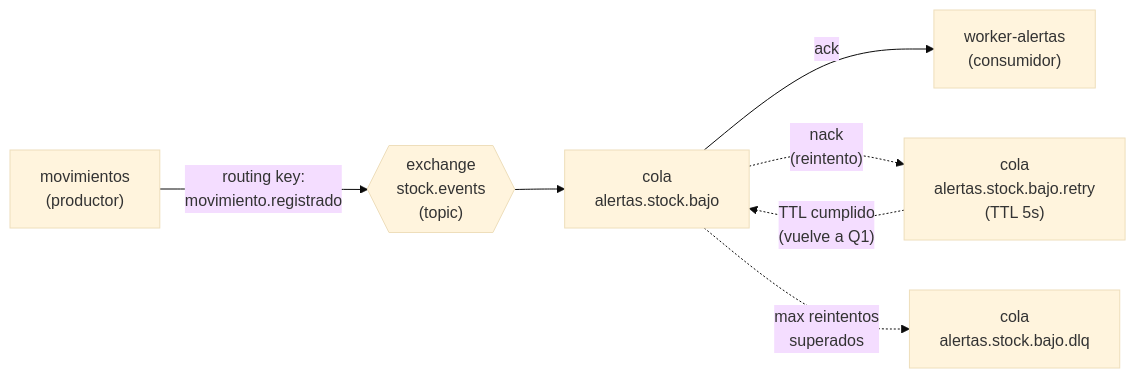
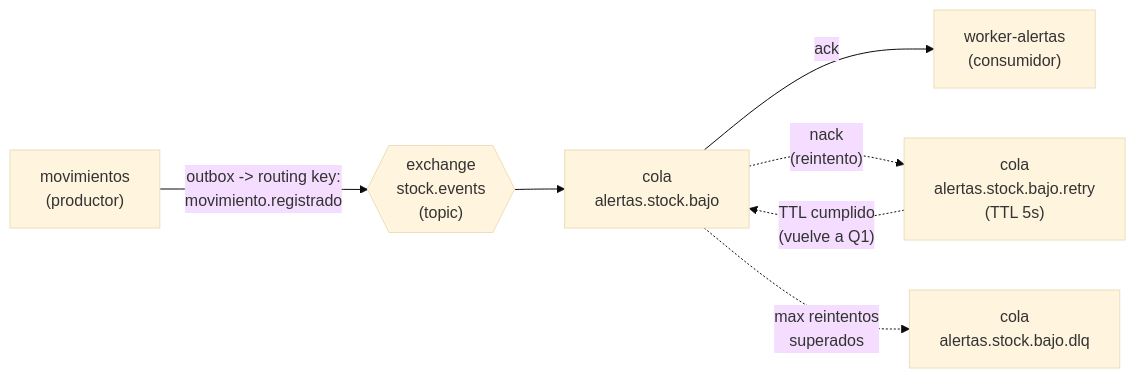
One commit to sebasado77062/Gestor_de_stock_jugueteria changed the fifth of 6 diagrams in docs/ARQUITECTURA.md. Above: the diagram before and after it, drawn with Mermaid (base theme). The commit also changed other lines of this file and 7 other files, not shown here.

````diff
--- a/docs/ARQUITECTURA.md
+++ b/docs/ARQUITECTURA.md
@@ -207,16 +243,16 @@
 ```mermaid
 flowchart LR
     MOV["movimientos<br/>(productor)"]
     EX{{"exchange<br/>stock.events<br/>(topic)"}}
     Q1["cola<br/>alertas.stock.bajo"]
     Q2["cola<br/>alertas.stock.bajo.retry<br/>(TTL 5s)"]
     Q3["cola<br/>alertas.stock.bajo.dlq"]
     WORKER["worker-alertas<br/>(consumidor)"]
 
-    MOV -->|"routing key:<br/>movimiento.registrado"| EX
+    MOV -->|"outbox -> routing key:<br/>movimiento.registrado"| EX
     EX --> Q1
     Q1 -->|"ack"| WORKER
     Q1 -.->|"nack<br/>(reintento)"| Q2
     Q2 -.->|"TTL cumplido<br/>(vuelve a Q1)"| Q1
     Q1 -.->|"max reintentos<br/>superados"| Q3
 ```
````
